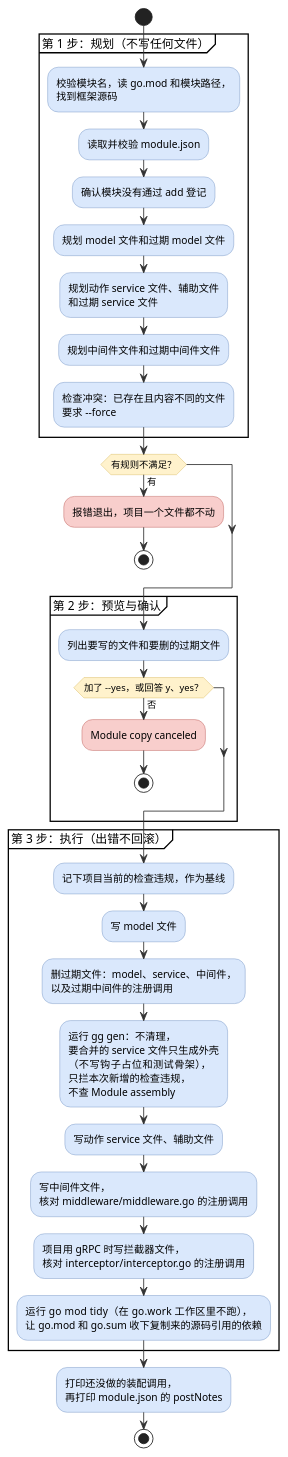
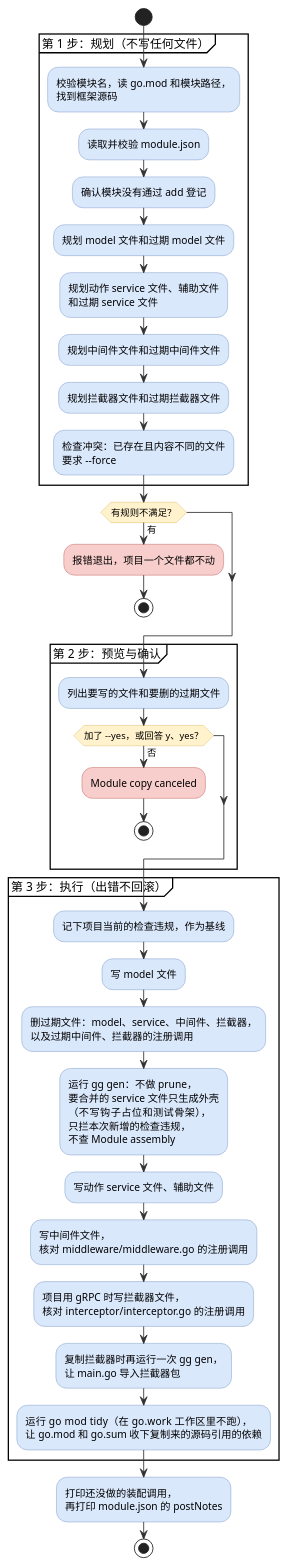
One commit to hydroan/gst changed the first of 2 diagrams in cmd/gg/MODULE.md. Above: the diagram before and after it, drawn with PlantUML. The commit also changed other lines of this file and 2 other files, not shown here.

````diff
--- a/cmd/gg/MODULE.md
+++ b/cmd/gg/MODULE.md
@@ -88,59 +88,62 @@
 ```plantuml
 @startuml
 skinparam activity {
   BackgroundColor #dae8fc
   BorderColor #6c8ebf
   ArrowColor #333333
   DiamondBackgroundColor #fff2cc
   DiamondBorderColor #d6b656
   BackgroundColor<<cancel>> #f8cecc
   BorderColor<<cancel>> #b85450
 }
 
 start
 partition "第 1 步：规划（不写任何文件）" {
   :校验模块名，读 go.mod 和模块路径，
   找到框架源码;
   :读取并校验 module.json;
   :确认模块没有通过 add 登记;
   :规划 model 文件和过期 model 文件;
   :规划动作 service 文件、辅助文件
   和过期 service 文件;
   :规划中间件文件和过期中间件文件;
+  :规划拦截器文件和过期拦截器文件;
   :检查冲突：已存在且内容不同的文件
   要求 --force;
 }
 if (有规则不满足？) then (有)
   :报错退出，项目一个文件都不动; <<cancel>>
   stop
 endif
 partition "第 2 步：预览与确认" {
   :列出要写的文件和要删的过期文件;
   if (加了 --yes，或回答 y、yes？) then (否)
     :Module copy canceled; <<cancel>>
     stop
   endif
 }
 partition "第 3 步：执行（出错不回滚）" {
   :记下项目当前的检查违规，作为基线;
   :写 model 文件;
-  :删过期文件：model、service、中间件，
-  以及过期中间件的注册调用;
-  :运行 gg gen：不清理，
+  :删过期文件：model、service、中间件、拦截器，
+  以及过期中间件、拦截器的注册调用;
+  :运行 gg gen：不做 prune，
   要合并的 service 文件只生成外壳
   （不写钩子占位和测试骨架），
   只拦本次新增的检查违规，
   不查 Module assembly;
   :写动作 service 文件、辅助文件;
   :写中间件文件，
   核对 middleware/middleware.go 的注册调用;
   :项目用 gRPC 时写拦截器文件，
   核对 interceptor/interceptor.go 的注册调用;
+  :复制拦截器时再运行一次 gg gen，
+  让 main.go 导入拦截器包;
   :运行 go mod tidy（在 go.work 工作区里不跑），
   让 go.mod 和 go.sum 收下复制来的源码引用的依赖;
 }
 :打印还没做的装配调用，
 再打印 module.json 的 postNotes;
 stop
 @enduml
 ```
````
